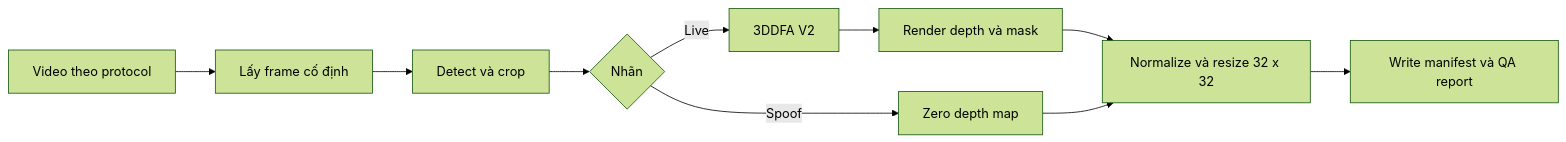
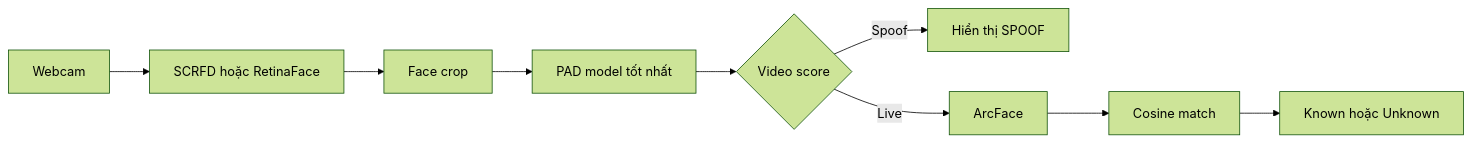
One commit to Violetta147/face-recognition-depth-pad changed the second of 2 diagrams in DAC_TA_HE_THONG_NHAN_DIEN_KHUON_MAT_PAD_DEPTH_MAP.md. Above: the diagram before and after it, drawn with Mermaid (forest theme). The commit also changed other lines of this file and 34 other files, not shown here.

````diff
--- a/DAC_TA_HE_THONG_NHAN_DIEN_KHUON_MAT_PAD_DEPTH_MAP.md
+++ b/DAC_TA_HE_THONG_NHAN_DIEN_KHUON_MAT_PAD_DEPTH_MAP.md
@@ -663,12 +472,11 @@
 ```mermaid
 flowchart LR
-    A[Video theo protocol] --> B[Lấy frame cố định]
-    B --> C[Detect và crop]
-    C --> D{Nhãn}
-    D -->|Live| E[3DDFA V2]
-    E --> F[Render depth và mask]
-    D -->|Spoof| G[Zero depth map]
-    F --> H[Normalize và resize 32 x 32]
-    G --> H
-    H --> I[Write manifest và QA report]
+    A[Webcam] --> B[SCRFD hoặc RetinaFace]
+    B --> C[Face crop]
+    C --> D[PAD model tốt nhất]
+    D --> E{Video score}
+    E -->|Spoof| F[Hiển thị SPOOF]
+    E -->|Live| G[ArcFace]
+    G --> H[Cosine match]
+    H --> I[Known hoặc Unknown]
 ```
````
